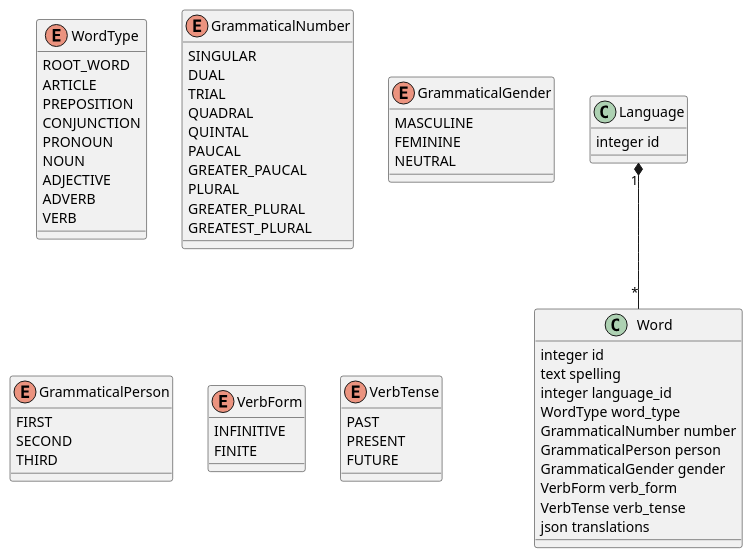
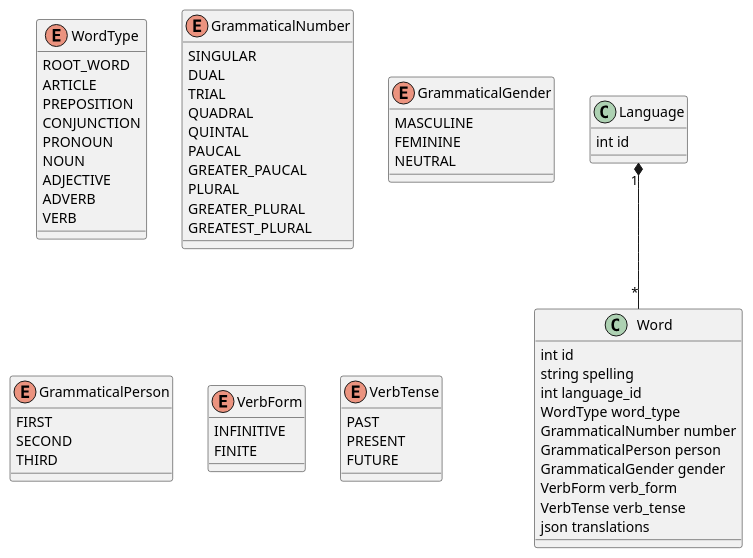
One commit to hellebore-project/hellebore changed the diagram in docs/database/language.plantuml. Above: the diagram before and after it, drawn with PlantUML. The commit also changed 94 other files, not shown here.

```diff
--- a/docs/database/language.plantuml
+++ b/docs/database/language.plantuml
@@ -1,74 +1,74 @@
 @startuml Language
 
 ''' Classes
 
 class Language {
-    integer id
+    int id
 }
 
 enum WordType {
     ROOT_WORD
     ARTICLE
     PREPOSITION
     CONJUNCTION
     PRONOUN
     NOUN
     ADJECTIVE
     ADVERB
     VERB
 }
 
 enum GrammaticalNumber {
     SINGULAR
     DUAL
     TRIAL
     QUADRAL
     QUINTAL
     PAUCAL
     GREATER_PAUCAL
     PLURAL
     GREATER_PLURAL
     GREATEST_PLURAL
 }
 
 enum GrammaticalGender {
     MASCULINE
     FEMININE
     NEUTRAL
 }
 
 enum GrammaticalPerson {
     FIRST
     SECOND
     THIRD
 }
 
 enum VerbForm {
     INFINITIVE
     FINITE
 }
 
 enum VerbTense {
     PAST
     PRESENT
     FUTURE
 }
 
 class Word {
-    integer id
-    text spelling
-    integer language_id
+    int id
+    string spelling
+    int language_id
     WordType word_type
     GrammaticalNumber number
     GrammaticalPerson person
     GrammaticalGender gender
     VerbForm verb_form
     VerbTense verb_tense
     json translations
 }
 
 ''' Relationships
 
 Language "1" *-- "*" Word
 
 @enduml
```
